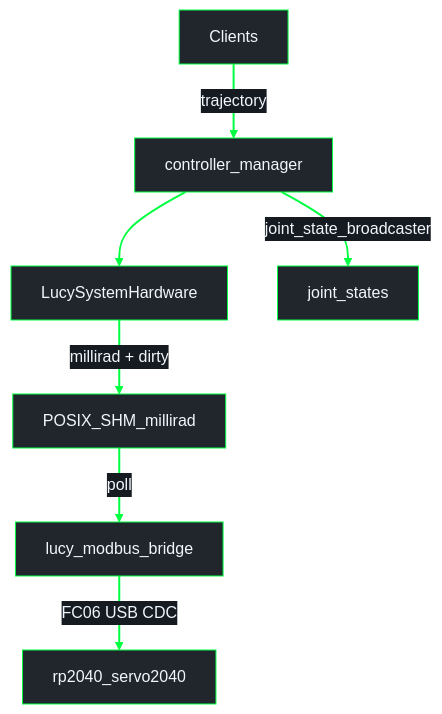
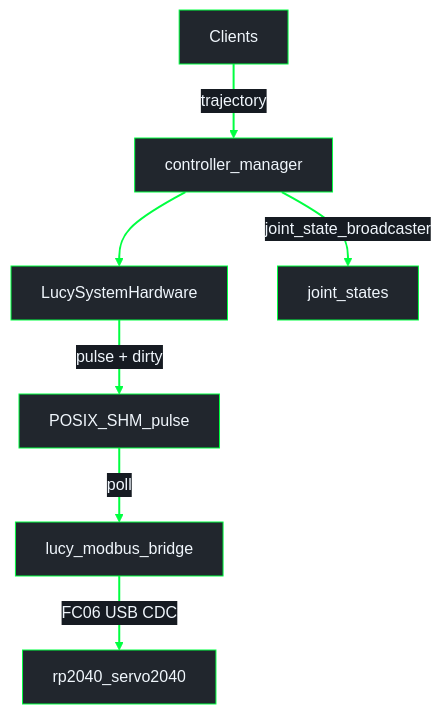
Before and after one commit to Lucy-Robotics/lucy_ros_packages: the diagram in docs/ROS2_CONTROL.md, drawn with Mermaid. The commit also changed other lines of this file and 5 other files, not shown here.

Commit message:
evol(architecture): document Modbus SHM as pulse, not millirad

````diff
--- a/docs/ROS2_CONTROL.md
+++ b/docs/ROS2_CONTROL.md
@@ -38,19 +38,19 @@
 ```mermaid
 %%{init: {"theme": "base", "themeVariables": {"darkMode": true, "background": "#0d1117", "mainBkg": "#21262d", "primaryColor": "#21262d", "primaryTextColor": "#f0f6fc", "primaryBorderColor": "#00FF41", "secondaryColor": "#161b22", "secondaryTextColor": "#f0f6fc", "secondaryBorderColor": "#00FF41", "tertiaryColor": "#161b22", "tertiaryTextColor": "#f0f6fc", "tertiaryBorderColor": "#00FF41", "lineColor": "#00FF41", "textColor": "#f0f6fc", "nodeTextColor": "#f0f6fc", "edgeLabelBackground": "#161b22", "clusterBkg": "#0d1117", "clusterBorder": "#00FF41", "titleColor": "#f0f6fc"}}}%%
 flowchart TB
   Clients["Clients"]
   CM["controller_manager"]
   HI["LucySystemHardware"]
-  SHM["POSIX_SHM_millirad"]
+  SHM["POSIX_SHM_pulse"]
   Bridge["lucy_modbus_bridge"]
   FW["rp2040_servo2040"]
   JS["joint_states"]
 
   Clients -->|"trajectory"| CM
   CM --> HI
   CM -->|"joint_state_broadcaster"| JS
-  HI -->|"millirad + dirty"| SHM
+  HI -->|"pulse + dirty"| SHM
   SHM -->|"poll"| Bridge
   Bridge -->|"FC06 USB CDC"| FW
   linkStyle default stroke:#00FF41,stroke-width:2px
 ```
````
